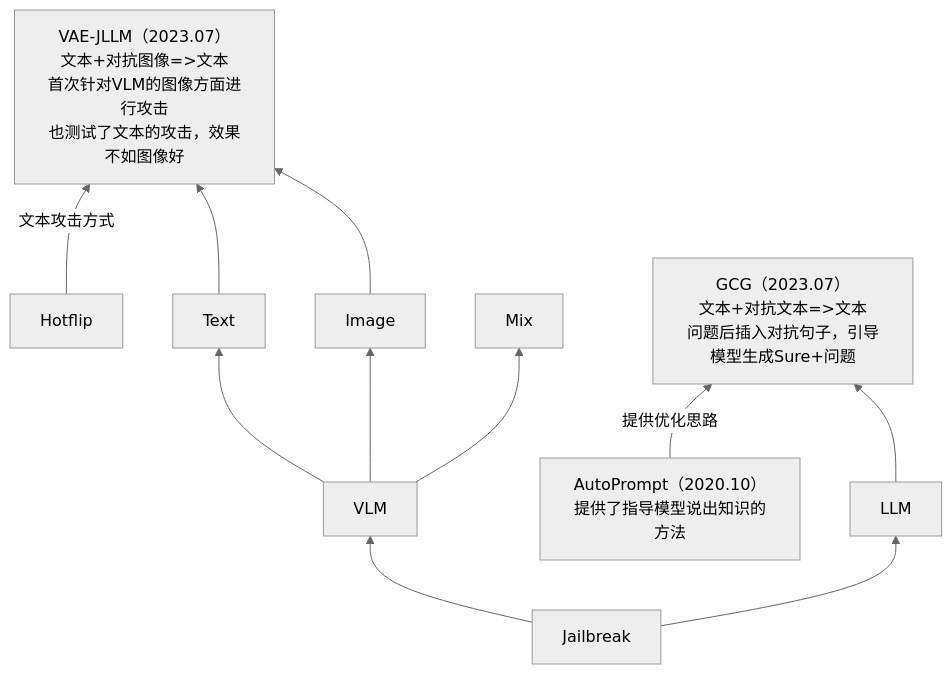
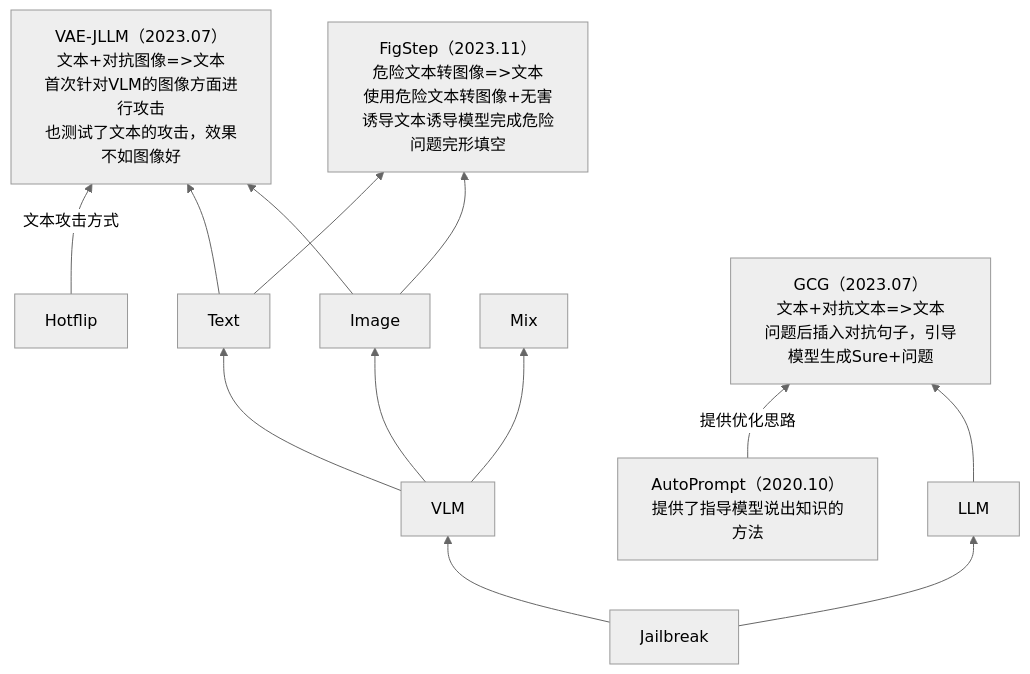
The fourth of 5 diagrams in Attack/Jailbreak/analyse.md (Elephant-King9/Paper), drawn with Mermaid (neutral theme) before and after one commit. The commit also changed other lines of this file and 8 other files, not shown here.

Commit message:
FigStep: Jailbreaking Large Vision-Language Models via Typographic Visual Prompts

````diff
--- a/Attack/Jailbreak/analyse.md
+++ b/Attack/Jailbreak/analyse.md
@@ -45,16 +46,19 @@
 ```mermaid
 flowchart BT
 	Jailbreak-->LLM
 	Jailbreak-->VLM
 	VLM-->Text
 	VLM-->Image
 	Hotflip-->|文本攻击方式|VAE-JLLM
 	Text-->VAE-JLLM
+	Text-->FigStep
+	Image-->FigStep
 	Image-->VAE-JLLM
 	VLM-->Mix
 	AutoPrompt-->|提供优化思路|GCG
 	LLM-->GCG
 	AutoPrompt[AutoPrompt（2020.10）<br>提供了指导模型说出知识的方法]
 	GCG[GCG（2023.07）<br>文本+对抗文本=>文本<br>问题后插入对抗句子，引导模型生成Sure+问题]
 	VAE-JLLM[VAE-JLLM（2023.07）<br>文本+对抗图像=>文本<br>首次针对VLM的图像方面进行攻击<br>也测试了文本的攻击，效果不如图像好]
+	FigStep[FigStep（2023.11）<br>危险文本转图像=>文本<br>使用危险文本转图像+无害诱导文本诱导模型完成危险问题完形填空]
 ```
````
